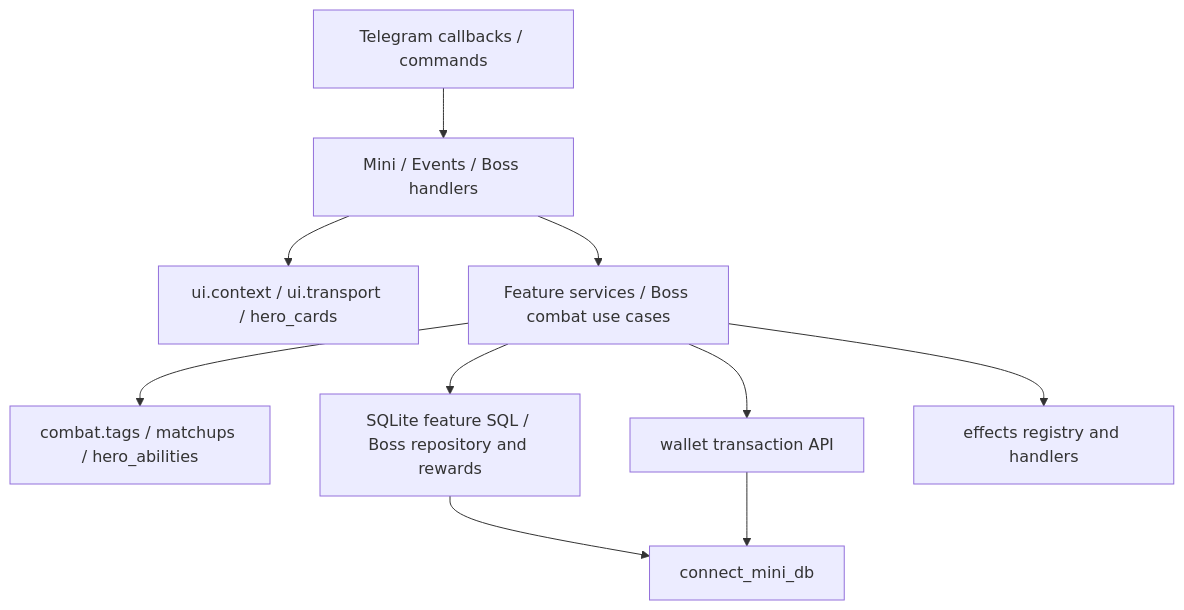
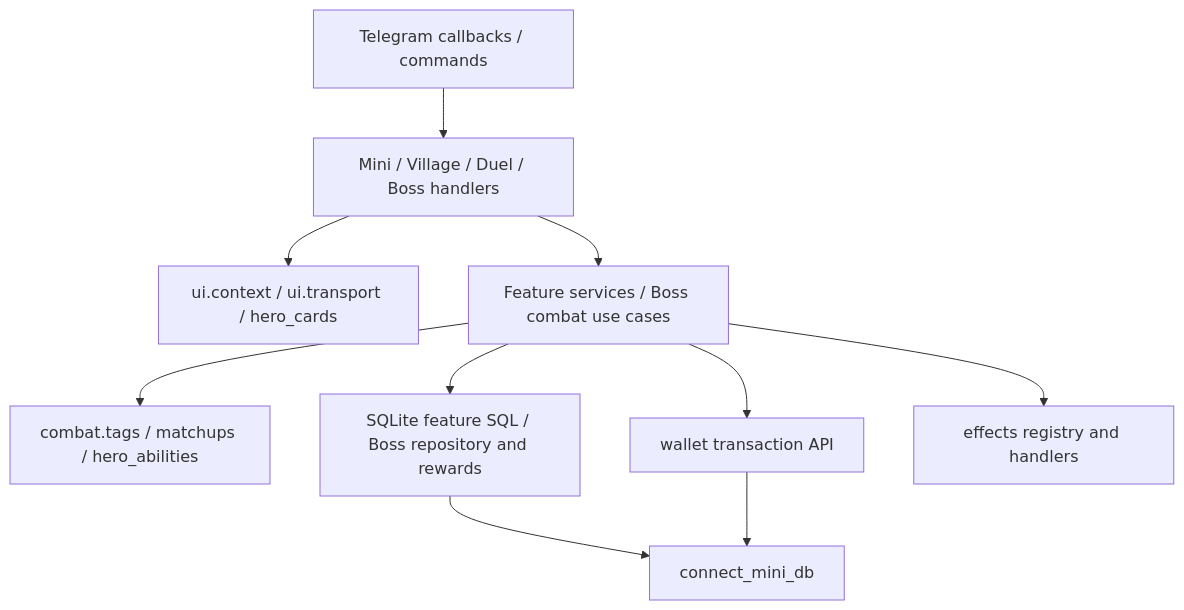
The diagram in docs/architecture/ARCHITECTURE.md (Aruzento/shpakdnd_bot), drawn with Mermaid before and after one commit. The commit also changed other lines of this file and 100 other files, not shown here.

````diff
--- a/docs/architecture/ARCHITECTURE.md
+++ b/docs/architecture/ARCHITECTURE.md
@@ -15,12 +15,12 @@
 ```mermaid
 flowchart TD
-  Telegram[Telegram callbacks / commands] --> UI[Mini / Events / Boss handlers]
+  Telegram[Telegram callbacks / commands] --> UI[Mini / Village / Duel / Boss handlers]
   UI --> SharedUI[ui.context / ui.transport / hero_cards]
   UI --> Services[Feature services / Boss combat use cases]
   Services --> Domain[combat.tags / matchups / hero_abilities]
   Services --> Persistence[SQLite feature SQL / Boss repository and rewards]
   Services --> Wallet[wallet transaction API]
   Services --> Effects[effects registry and handlers]
   Persistence --> DB[connect_mini_db]
   Wallet --> DB
 ```
````
